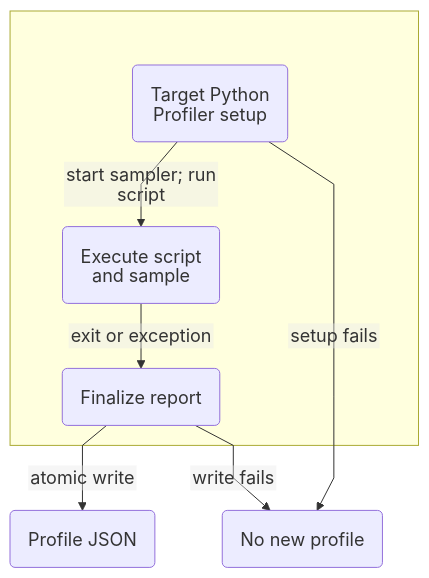
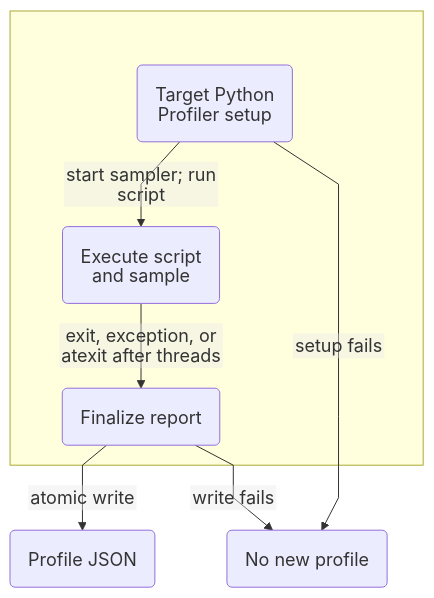
Before and after one commit to AashishTangnami/python-memory-guardian: the fourth of 16 diagrams in docs/feature-map.md, drawn with Mermaid. The commit also changed other lines of this file and 6 other files, not shown here.

Commit message:
docs: consolidate feature-map diagrams and close source/doc gaps

````diff
--- a/docs/feature-map.md
+++ b/docs/feature-map.md
@@ -168,14 +146,14 @@
 ```mermaid
 %%{init: {"fontFamily":"Arial, sans-serif","themeVariables":{"fontSize":"18px","fontFamily":"Arial, sans-serif"},"flowchart":{"curve":"linear","nodeSpacing":32,"rankSpacing":40,"diagramPadding":8,"padding":18,"subGraphTitleMargin":{"top":10,"bottom":24},"htmlLabels":false},"layout":"dagre","htmlLabels":false,"themeCSS":".node rect, .cluster rect { rx: 10px; ry: 10px; } .label, .nodeLabel, .edgeLabel, .cluster-label { letter-spacing: normal; word-spacing: normal; } .edgeLabel rect { stroke: currentColor !important; stroke-width: 1px !important; stroke-dasharray: none; opacity: 1 !important; fill-opacity: 1; rx: 4px; ry: 4px; }"}}%%
 flowchart TD
 subgraph PROC[" "]
       Start("Target Python<br/>Profiler setup")
       Run("Execute script<br/>and sample")
       Finish("Finalize report")
     end
     Start -->|start sampler; run script| Run
-    Run -->|exit or exception| Finish
+    Run -->|exit, exception, or atexit after threads| Finish
     Finish -->|atomic write| JSON("Profile JSON")
     Start -->|setup fails| Missing("No new profile")
     Finish -->|write fails| Missing
 ```
````
